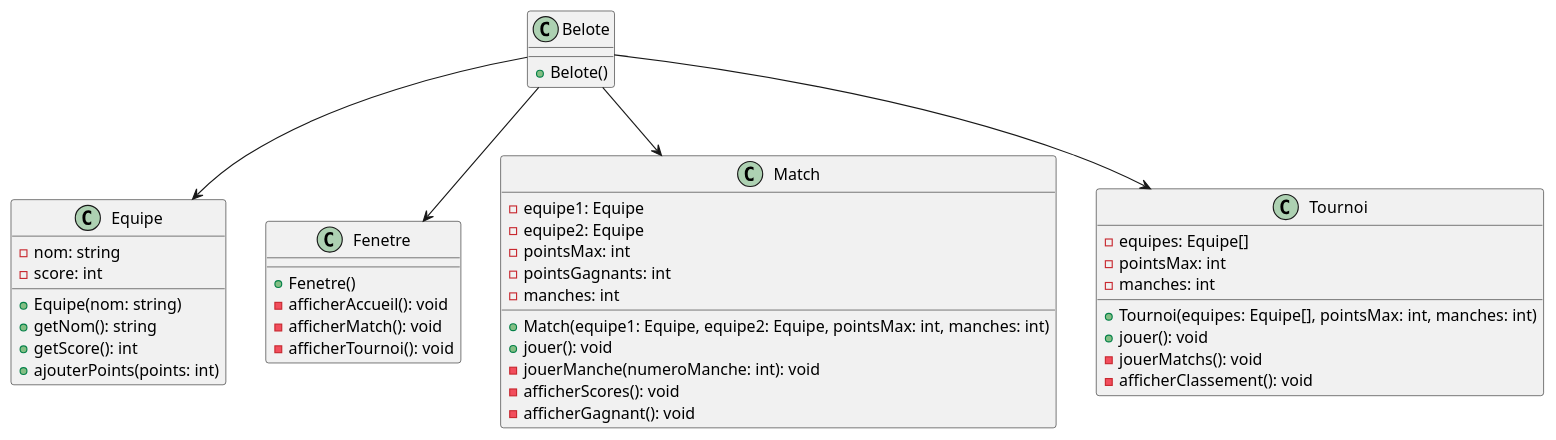
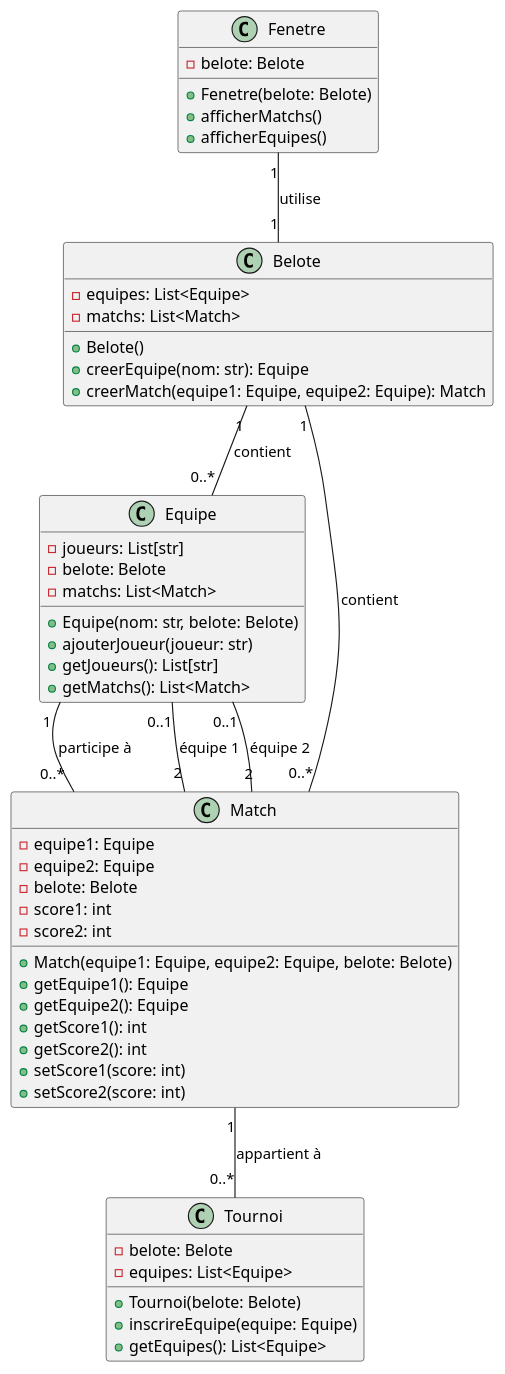
Before and after one commit to IUT-Blagnac/sae4-01-2023-womenshitiancai: the diagram in DC.puml, drawn with PlantUML. The commit also changed 2 other files, not shown here.

Commit message:
Commented Equipe Match

```diff
--- a/DC.puml
+++ b/DC.puml
@@ -1,49 +1,56 @@
 @startuml
 class Belote {
+    -equipes: List<Equipe>
+    -matchs: List<Match>
     +Belote()
+    +creerEquipe(nom: str): Equipe
+    +creerMatch(equipe1: Equipe, equipe2: Equipe): Match
 }
 
 class Equipe {
-    -nom: string
-    -score: int
-    +Equipe(nom: string)
-    +getNom(): string
-    +getScore(): int
-    +ajouterPoints(points: int)
+    -joueurs: List[str]
+    -belote: Belote
+    -matchs: List<Match>
+    +Equipe(nom: str, belote: Belote)
+    +ajouterJoueur(joueur: str)
+    +getJoueurs(): List[str]
+    +getMatchs(): List<Match>
 }
 
 class Fenetre {
-    +Fenetre()
-    -afficherAccueil(): void
-    -afficherMatch(): void
-    -afficherTournoi(): void
+    -belote: Belote
+    +Fenetre(belote: Belote)
+    +afficherMatchs()
+    +afficherEquipes()
 }
 
 class Match {
     -equipe1: Equipe
     -equipe2: Equipe
-    -pointsMax: int
-    -pointsGagnants: int
-    -manches: int
-    +Match(equipe1: Equipe, equipe2: Equipe, pointsMax: int, manches: int)
-    +jouer(): void
-    -jouerManche(numeroManche: int): void
-    -afficherScores(): void
-    -afficherGagnant(): void
+    -belote: Belote
+    -score1: int
+    -score2: int
+    +Match(equipe1: Equipe, equipe2: Equipe, belote: Belote)
+    +getEquipe1(): Equipe
+    +getEquipe2(): Equipe
+    +getScore1(): int
+    +getScore2(): int
+    +setScore1(score: int)
+    +setScore2(score: int)
 }
 
 class Tournoi {
-    -equipes: Equipe[]
-    -pointsMax: int
-    -manches: int
-    +Tournoi(equipes: Equipe[], pointsMax: int, manches: int)
-    +jouer(): void
-    -jouerMatchs(): void
-    -afficherClassement(): void
+    -belote: Belote
+    -equipes: List<Equipe>
+    +Tournoi(belote: Belote)
+    +inscrireEquipe(equipe: Equipe)
+    +getEquipes(): List<Equipe>
 }
-
-Belote --> Equipe
-Belote --> Fenetre
-Belote --> Match
-Belote --> Tournoi
+Equipe "1" -- "0..*" Match : participe à
+Belote "1" -- "0..*" Equipe : contient
+Belote "1" -- "0..*" Match : contient
+Match "2" -- "0..1" Equipe : équipe 1
+Match "2" -- "0..1" Equipe : équipe 2
+Match "1" -- "0..*" Tournoi : appartient à
+Fenetre "1" -- "1" Belote : utilise
 @enduml
```
